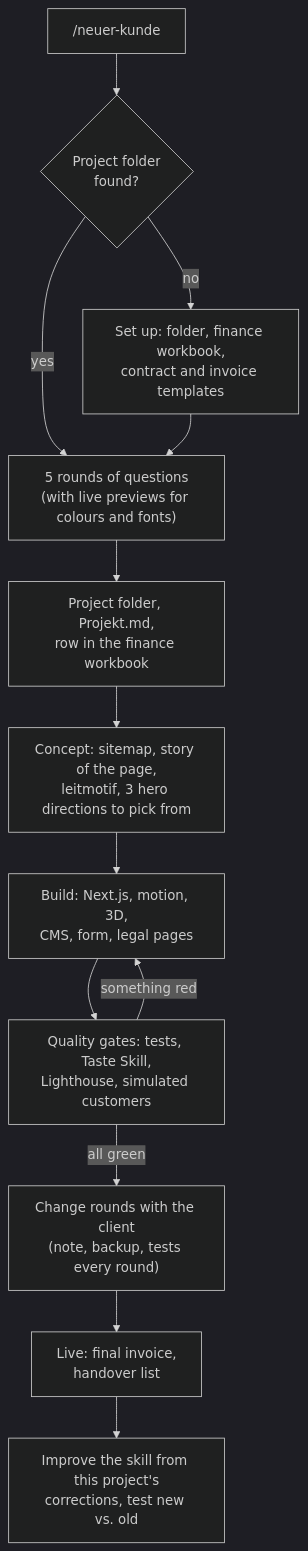
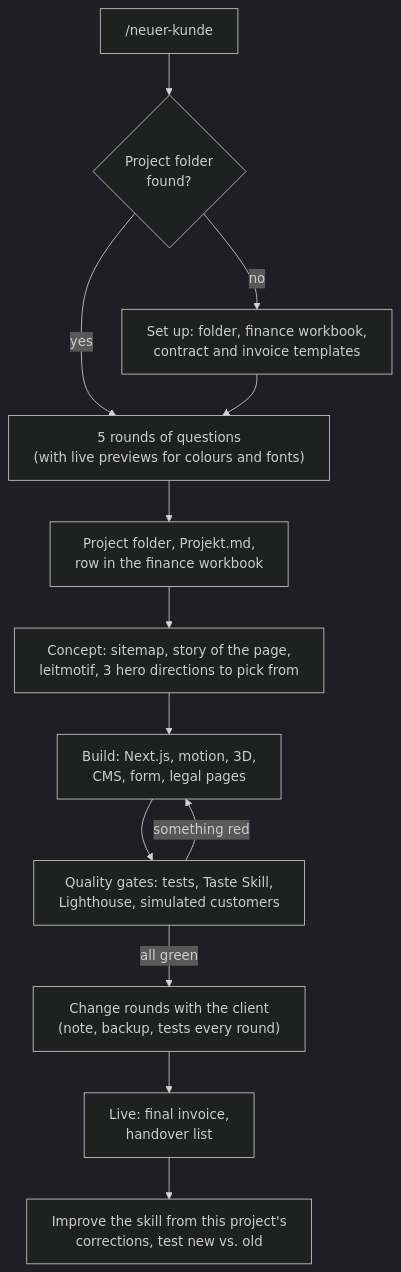
Before and after one commit to FreeOnur/neuer-kunde-skill: the diagram in README.md, drawn with Mermaid (dark theme). The commit also changed other lines of this file, not shown here.

First line of the commit message:
README: table header, smaller SMTN clip, wider diagram boxes

````diff
--- a/README.md
+++ b/README.md
@@ -110,15 +110,16 @@
 ```mermaid
+%%{init: {'flowchart': {'wrappingWidth': 420}}}%%
 flowchart TD
     A["/neuer-kunde"] --> B{"Project folder<br>found?"}
     B -- no --> C["Set up: folder, finance workbook,<br>contract and invoice templates"]
     B -- yes --> D
     C --> D["5 rounds of questions<br>(with live previews for colours and fonts)"]
     D --> E["Project folder, Projekt.md,<br>row in the finance workbook"]
     E --> F["Concept: sitemap, story of the page,<br>leitmotif, 3 hero directions to pick from"]
     F --> G["Build: Next.js, motion, 3D,<br>CMS, form, legal pages"]
     G --> H["Quality gates: tests, Taste Skill,<br>Lighthouse, simulated customers"]
     H -- "something red" --> G
     H -- "all green" --> I["Change rounds with the client<br>(note, backup, tests every round)"]
     I --> J["Live: final invoice,<br>handover list"]
     J --> K["Improve the skill from this project's<br>corrections, test new vs. old"]
 ```
````
